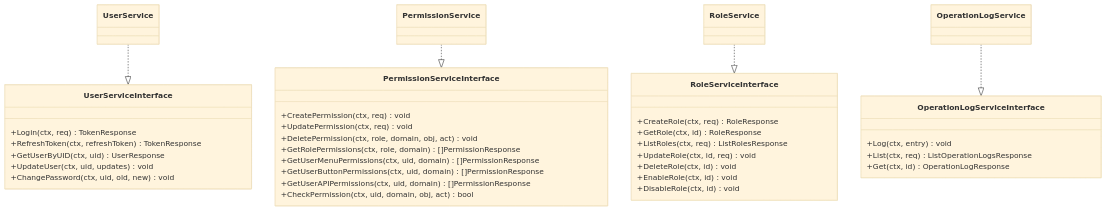
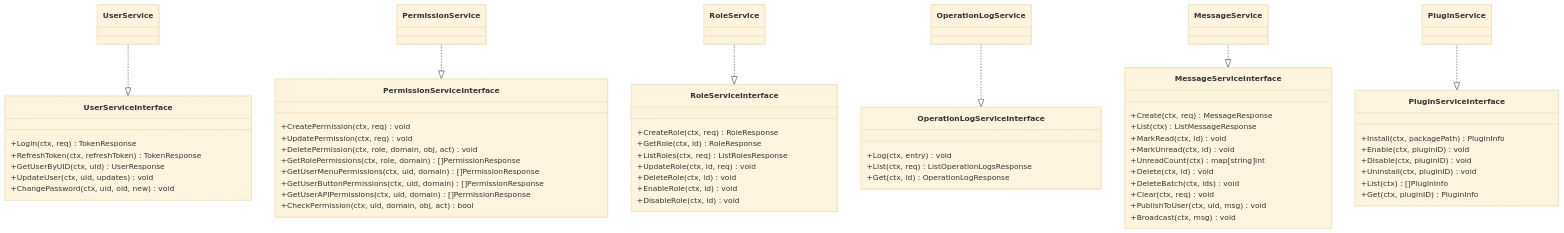
Before and after one commit to wuwuseo/e-sports-go-admin: the fourth of 7 diagrams in .qoder/repowiki/zh/content/架构设计/整体架构模式.md, drawn with Mermaid (base theme). The commit also changed other lines of this file and 42 other files, not shown here.

````diff
--- a/.qoder/repowiki/zh/content/架构设计/整体架构模式.md
+++ b/.qoder/repowiki/zh/content/架构设计/整体架构模式.md
@@ -199,42 +227,66 @@
 ```mermaid
 classDiagram
 class UserServiceInterface {
 +Login(ctx, req) TokenResponse
 +RefreshToken(ctx, refreshToken) TokenResponse
 +GetUserByUID(ctx, uid) UserResponse
 +UpdateUser(ctx, uid, updates) void
 +ChangePassword(ctx, uid, old, new) void
 }
 class PermissionServiceInterface {
 +CreatePermission(ctx, req) void
 +UpdatePermission(ctx, req) void
 +DeletePermission(ctx, role, domain, obj, act) void
 +GetRolePermissions(ctx, role, domain) []PermissionResponse
 +GetUserMenuPermissions(ctx, uid, domain) []PermissionResponse
 +GetUserButtonPermissions(ctx, uid, domain) []PermissionResponse
 +GetUserAPIPermissions(ctx, uid, domain) []PermissionResponse
 +CheckPermission(ctx, uid, domain, obj, act) bool
 }
 class RoleServiceInterface {
 +CreateRole(ctx, req) RoleResponse
 +GetRole(ctx, id) RoleResponse
 +ListRoles(ctx, req) ListRolesResponse
 +UpdateRole(ctx, id, req) void
 +DeleteRole(ctx, id) void
 +EnableRole(ctx, id) void
 +DisableRole(ctx, id) void
 }
 class OperationLogServiceInterface {
 +Log(ctx, entry) void
 +List(ctx, req) ListOperationLogsResponse
 +Get(ctx, id) OperationLogResponse
 }
+class MessageServiceInterface {
++Create(ctx, req) MessageResponse
++List(ctx) ListMessageResponse
++MarkRead(ctx, id) void
++MarkUnread(ctx, id) void
++UnreadCount(ctx) map[string]int
++Delete(ctx, id) void
++DeleteBatch(ctx, ids) void
++Clear(ctx, req) void
++PublishToUser(ctx, uid, msg) void
++Broadcast(ctx, msg) void
+}
+class PluginServiceInterface {
++Install(ctx, packagePath) PluginInfo
++Enable(ctx, pluginID) void
++Disable(ctx, pluginID) void
++Uninstall(ctx, pluginID) void
++List(ctx) []PluginInfo
++Get(ctx, pluginID) PluginInfo
+}
 class UserService
 class PermissionService
 class RoleService
 class OperationLogService
+class MessageService
+class PluginService
 UserService ..|> UserServiceInterface
 PermissionService ..|> PermissionServiceInterface
 RoleService ..|> RoleServiceInterface
 OperationLogService ..|> OperationLogServiceInterface
+MessageService ..|> MessageServiceInterface
+PluginService ..|> PluginServiceInterface
 ```
````
